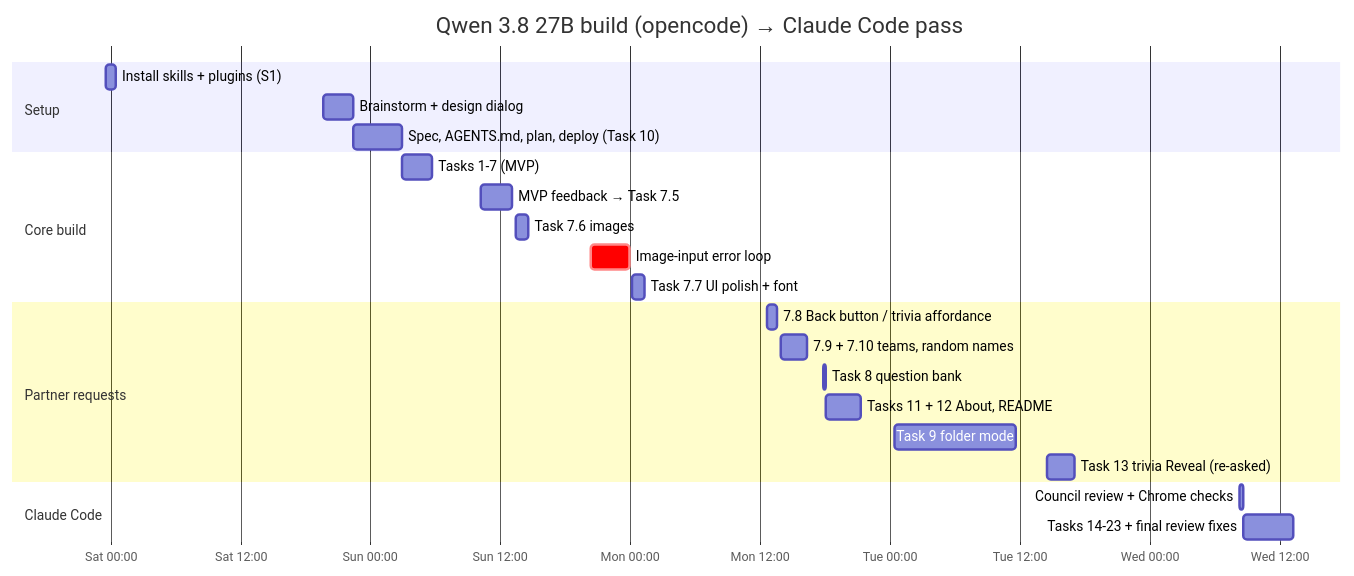
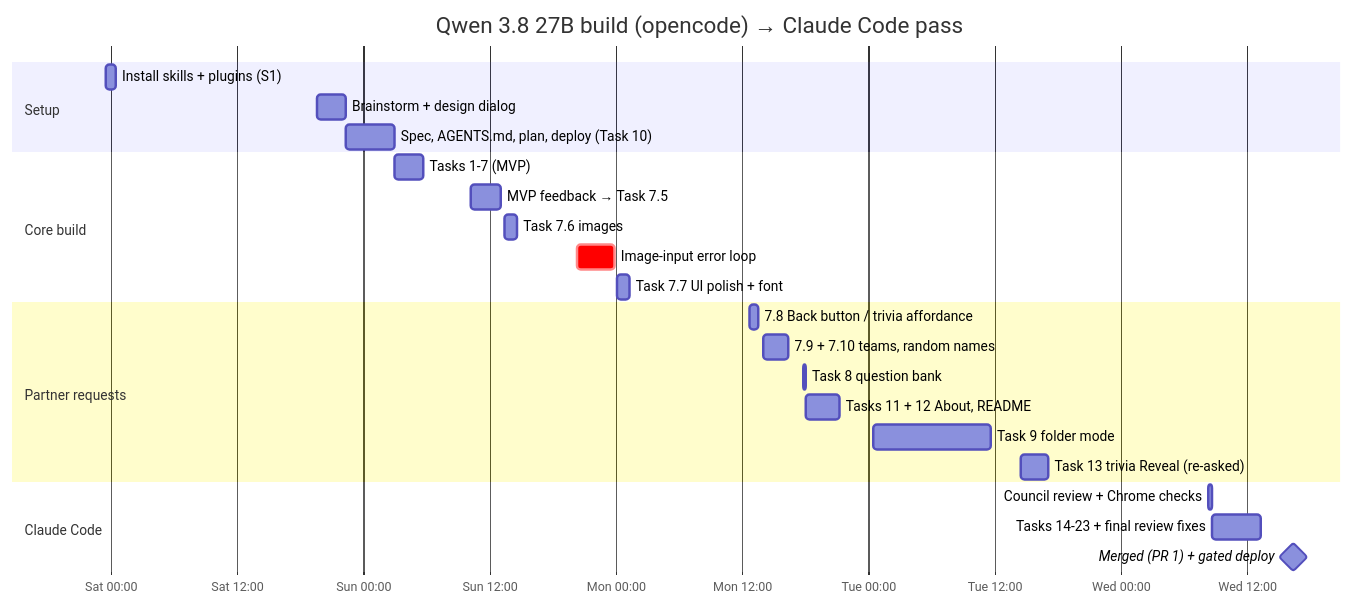
Before and after one commit to chendaniely/trivia-night: the first of 2 diagrams in docs/case-study/02-timeline.md, drawn with Mermaid. The commit also changed 4 other files, not shown here.

First line of the commit message:
docs(case-study): 🤖 record the merge, the gated deploy and the password rotation

````diff
--- a/docs/case-study/02-timeline.md
+++ b/docs/case-study/02-timeline.md
@@ -6,26 +6,27 @@
 ```mermaid
 gantt
     title Qwen 3.8 27B build (opencode) → Claude Code pass
     dateFormat YYYY-MM-DD HH:mm
     axisFormat %a %H:%M
     section Setup
     Install skills + plugins (S1)           :s1, 2026-10-09 23:34, 2026-10-10 00:30
     Brainstorm + design dialog              :d1, 2026-10-10 19:39, 2026-10-10 22:23
     Spec, AGENTS.md, plan, deploy (Task 10) :d2, 2026-10-10 22:23, 2026-10-11 03:00
     section Core build
     Tasks 1-7 (MVP)                         :b1, 2026-10-11 03:00, 2026-10-11 05:43
     MVP feedback → Task 7.5                 :b2, 2026-10-11 10:16, 2026-10-11 13:07
     Task 7.6 images                         :b3, 2026-10-11 13:31, 2026-10-11 14:40
     Image-input error loop                  :crit, b4, 2026-10-11 20:21, 2026-10-11 23:57
     Task 7.7 UI polish + font               :b5, 2026-10-12 00:09, 2026-10-12 01:19
     section Partner requests
     7.8 Back button / trivia affordance     :r1, 2026-10-12 12:44, 2026-10-12 13:33
     7.9 + 7.10 teams, random names          :r2, 2026-10-12 14:00, 2026-10-12 16:22
     Task 8 question bank                    :r3, 2026-10-12 17:51, 2026-10-12 18:08
     Tasks 11 + 12 About, README             :r4, 2026-10-12 18:08, 2026-10-12 21:19
     Task 9 folder mode                      :r5, 2026-10-13 00:31, 2026-10-13 11:40
     Task 13 trivia Reveal (re-asked)        :r6, 2026-10-13 14:31, 2026-10-13 17:07
     section Claude Code
     Council review + Chrome checks          :c0, 2026-10-14 08:20, 2026-10-14 08:44
     Tasks 14-23 + final review fixes        :c1, 2026-10-14 08:44, 2026-10-14 13:19
+    Merged (PR 1) + gated deploy            :milestone, c2, 2026-10-14 16:25, 0m
 ```
````
